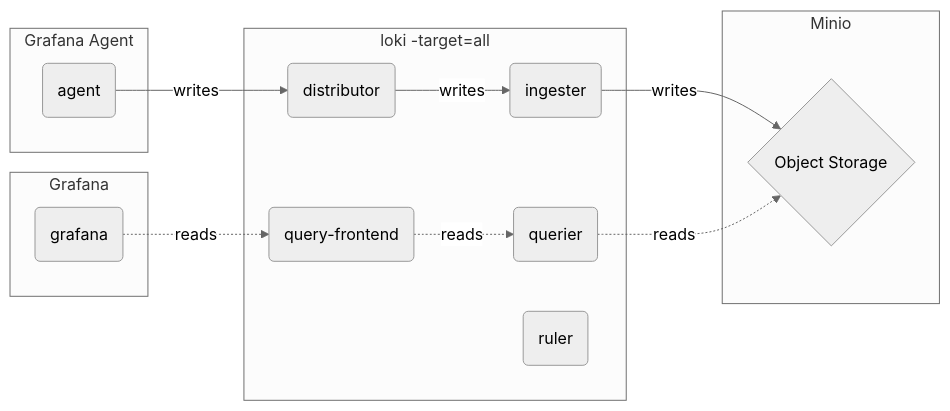
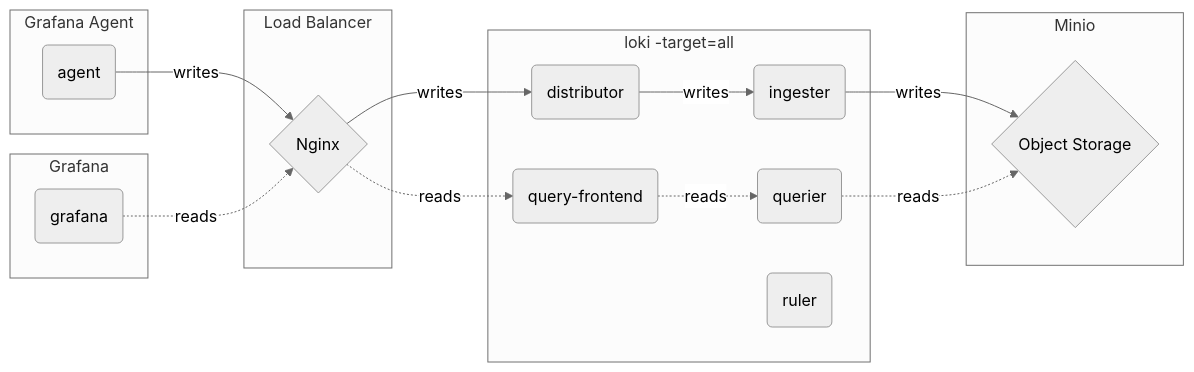
Before and after one commit to qclaogui/codelab-monitoring: the first of 2 diagrams in docker-compose/monolithic-mode/logs/README.md, drawn with Mermaid (neutral theme). The commit also changed other lines of this file and 16 other files, not shown here.

````diff
--- a/docker-compose/monolithic-mode/logs/README.md
+++ b/docker-compose/monolithic-mode/logs/README.md
@@ -7,23 +7,26 @@
 ```mermaid
 flowchart LR
-    A --> |writes| D   -->|writes| I  -->|writes| M
-    G -.->|reads | QF -.->|reads | Q -.->|reads | M
+    A  -->|writes| GW --> |writes| D   -->|writes| I  -->|writes| M
+    G -.->|reads | GW -.->|reads | QF -.->|reads | Q -.->|reads | M
 
     subgraph Minio
         M{"Object Storage"}
     end
     subgraph Agent["Grafana Agent"]
         A("agent")
     end
     subgraph Grafana
         G("grafana")
     end
+    subgraph Gateway["Load Balancer"]
+        GW{"Nginx"}
+    end
 
     subgraph Loki["loki -target=all"]
         I("ingester")
         D("distributor")
         R("ruler")
         Q("querier")
         QF("query-frontend")
     end
 ```
````
